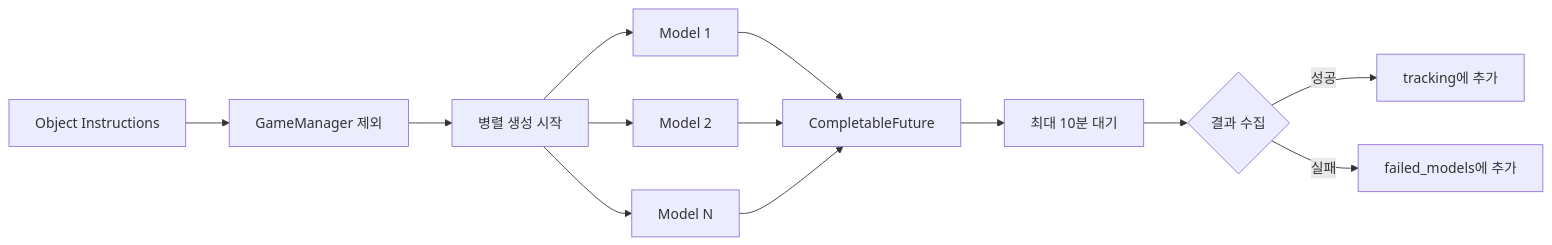
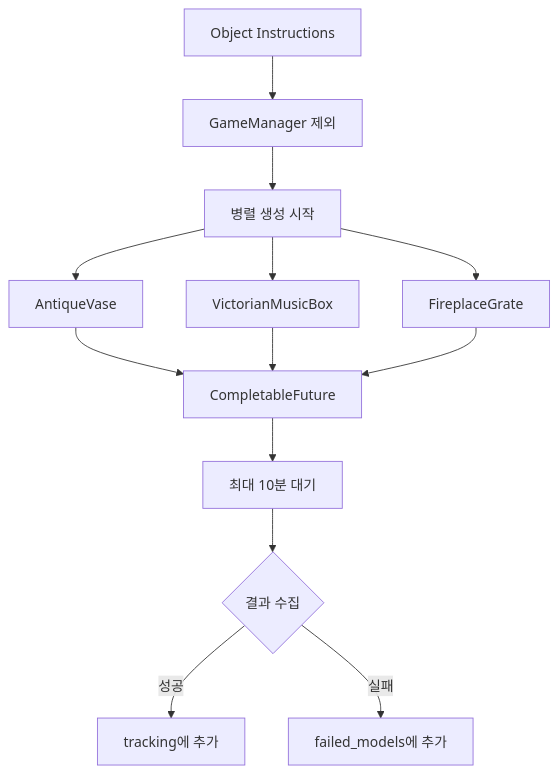
One commit to Febriez/eroom-docs changed the second of 2 diagrams in backend/room-service.md. Above: the diagram before and after it, drawn with Mermaid. The commit also changed other lines of this file and 5 other files, not shown here.

````diff
--- a/backend/room-service.md
+++ b/backend/room-service.md
@@ -178,18 +179,18 @@
-{% mermaid %}
-graph LR
+```mermaid
+graph TD
 A[Object Instructions] --> B[GameManager 제외]
 B --> C[병렬 생성 시작]
 
-    C --> D1[Model 1]
-    C --> D2[Model 2]
-    C --> D3[Model N]
+    C --> D1[AntiqueVase]
+    C --> D2[VictorianMusicBox]
+    C --> D3[FireplaceGrate]
 
     D1 --> E[CompletableFuture]
     D2 --> E
     D3 --> E
 
     E --> F[최대 10분 대기]
     F --> G{결과 수집}
     G -->|성공| H[tracking에 추가]
     G -->|실패| I[failed_models에 추가]
-{% endmermaid %}
+```
````
